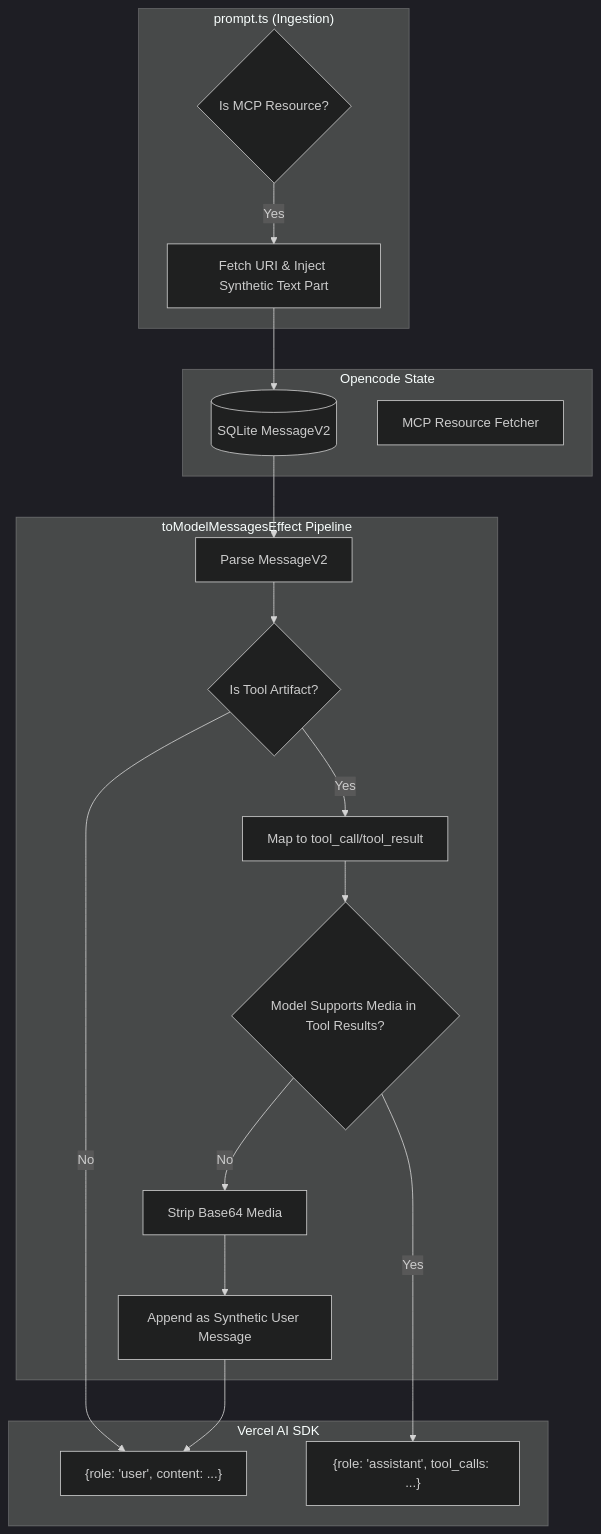
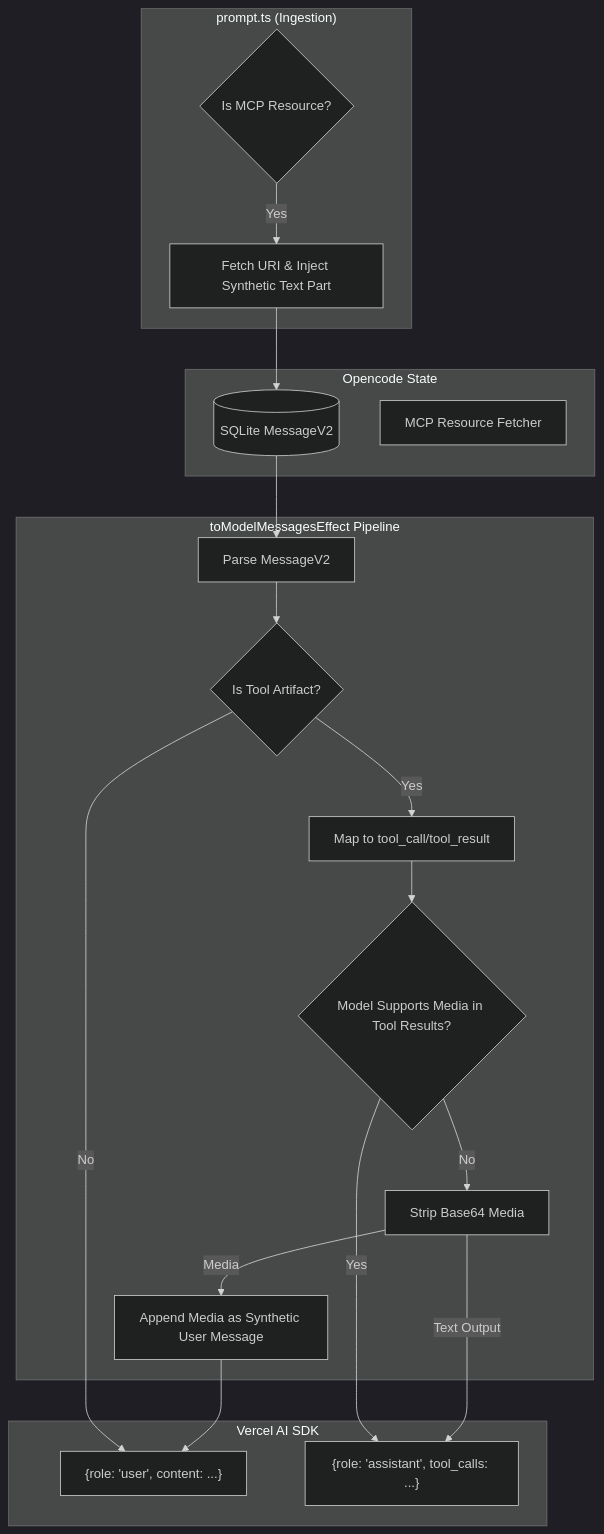
The second of 2 diagrams in docs/architecture/01_prompt-and-context.md (anomalyco/opencode), drawn with Mermaid (dark theme) before and after one commit. The commit also changed other lines of this file and 7 other files, not shown here.

First line of the commit message:
docs: add comprehensive architecture documentation suite

````diff
--- a/docs/architecture/01_prompt-and-context.md
+++ b/docs/architecture/01_prompt-and-context.md
@@ -180,42 +182,43 @@
 ```mermaid
 flowchart TD
     subgraph opencode_state [Opencode State]
         DB[(SQLite MessageV2)]
         MCP[MCP Resource Fetcher]
     end
 
     subgraph prompt_ts ["prompt.ts (Ingestion)"]
         P2{Is MCP Resource?}
         P3[Fetch URI & Inject Synthetic Text Part]
         P2 -- Yes --> P3
         P3 --> DB
     end
 
     subgraph pipeline ["toModelMessagesEffect Pipeline"]
         P1[Parse MessageV2]
-        
+
         P4{Is Tool Artifact?}
         P5[Map to tool_call/tool_result]
 
         P6{Model Supports Media in Tool Results?}
         P7[Strip Base64 Media]
-        P8[Append as Synthetic User Message]
+        P8[Append Media as Synthetic User Message]
     end
 
     subgraph sdk [Vercel AI SDK]
         V1["{role: 'user', content: ...}"]
         V2["{role: 'assistant', tool_calls: ...}"]
     end
 
     DB --> P1
     P1 --> P4
     P4 -- Yes --> P5
 
     P5 --> P6
     P6 -- No --> P7
-    P7 --> P8
+    P7 -->|Media| P8
     P8 --> V1
+    P7 -->|Text Output| V2
 
     P6 -- Yes --> V2
     P4 -- No --> V1
 ```
````
